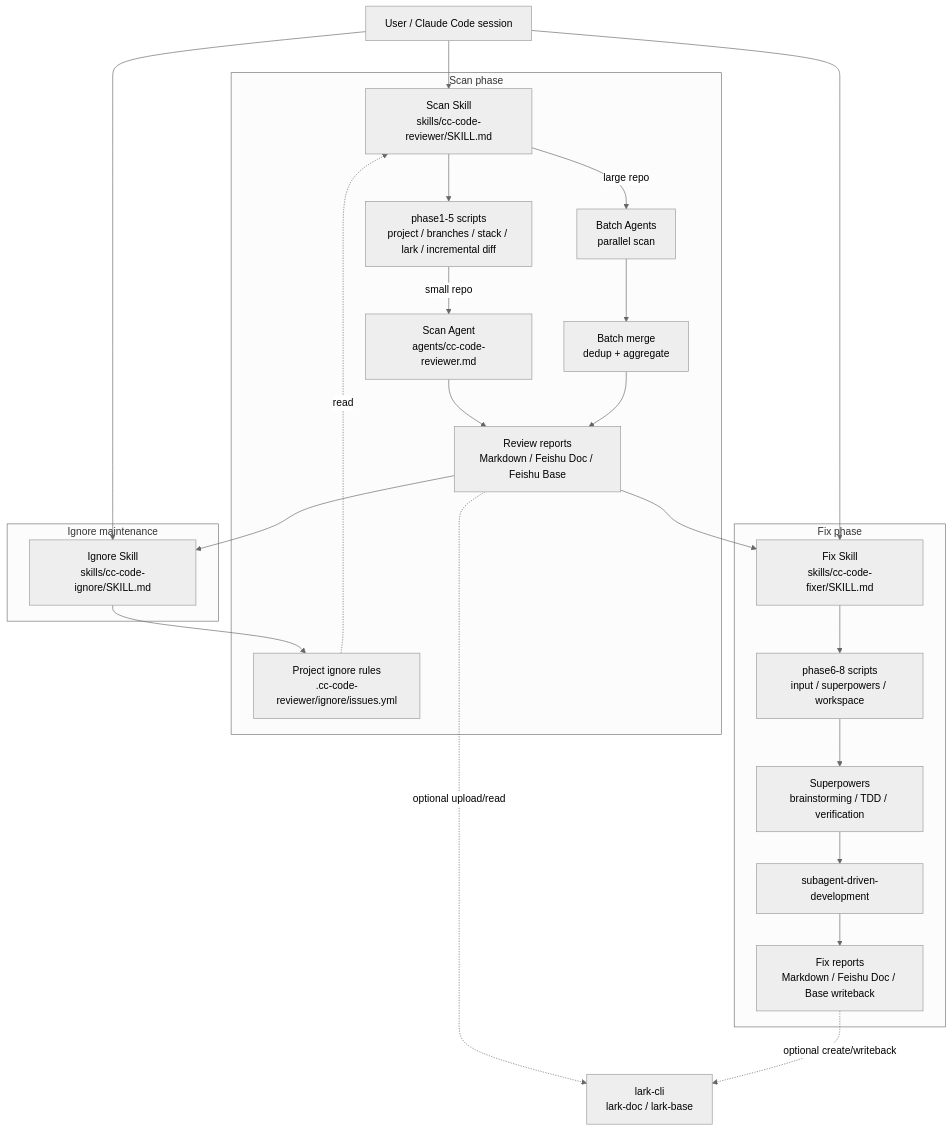
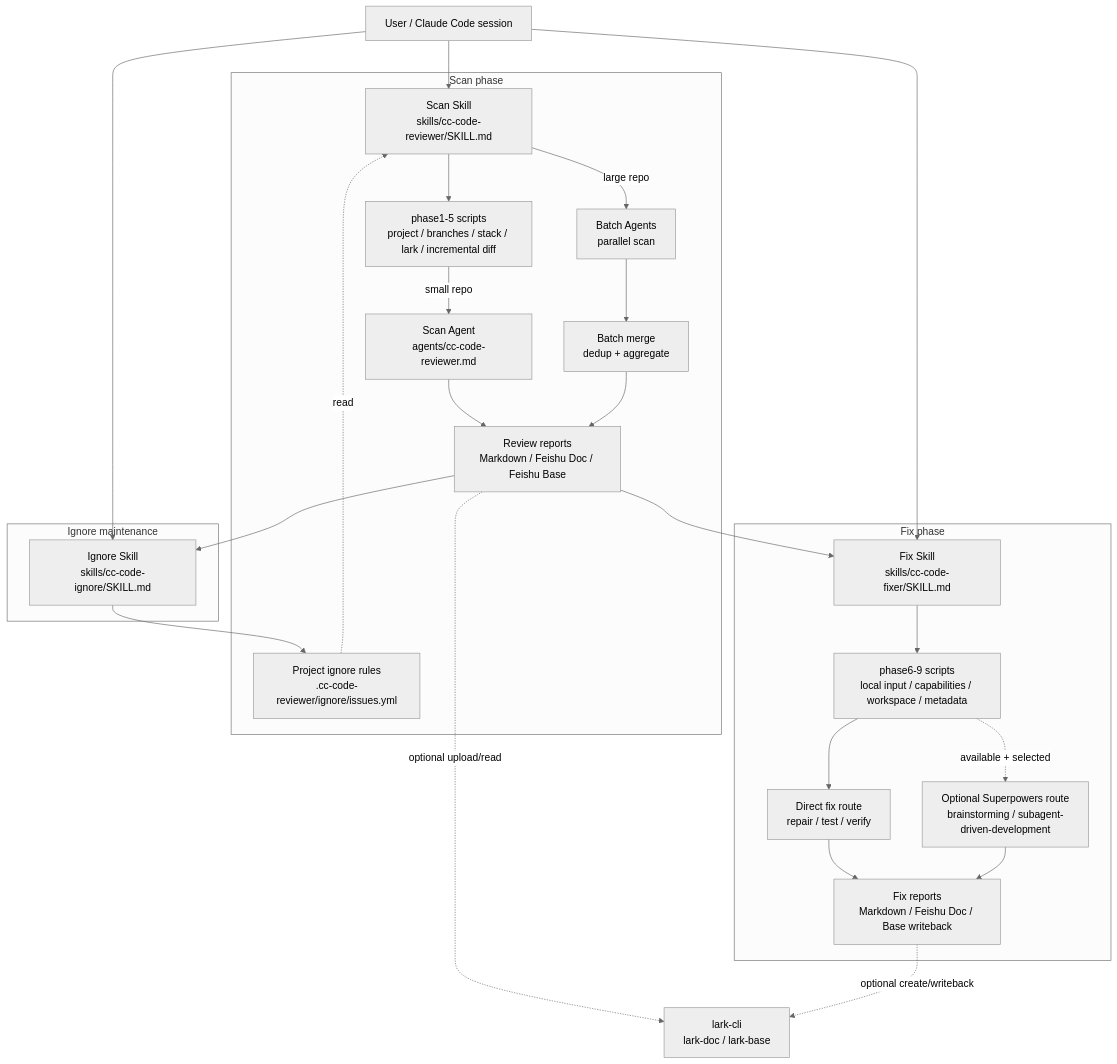
The diagram in AGENTS.md (ataskite/cc-code-reviewer), drawn with Mermaid (neutral theme) before and after one commit. The commit also changed other lines of this file and 6 other files, not shown here.

Commit message:
docs: refresh architecture for 1.2.0

````diff
--- a/AGENTS.md
+++ b/AGENTS.md
@@ -15,44 +15,45 @@
 ```mermaid
 flowchart TD
     User["User / Claude Code session"]
     ReviewSkill["Scan Skill<br/>skills/cc-code-reviewer/SKILL.md"]
     IgnoreSkill["Ignore Skill<br/>skills/cc-code-ignore/SKILL.md"]
     IgnoreRules["Project ignore rules<br/>.cc-code-reviewer/ignore/issues.yml"]
     FixSkill["Fix Skill<br/>skills/cc-code-fixer/SKILL.md"]
     ReviewAgent["Scan Agent<br/>agents/cc-code-reviewer.md"]
     Reports["Review reports<br/>Markdown / Feishu Doc / Feishu Base"]
     FixReports["Fix reports<br/>Markdown / Feishu Doc / Base writeback"]
     Lark["lark-cli<br/>lark-doc / lark-base"]
-    Superpowers["Superpowers<br/>brainstorming / TDD / verification"]
-    SubAgentDriven["subagent-driven-development"]
+    DirectFix["Direct fix route<br/>repair / test / verify"]
+    OptionalSuperpowers["Optional Superpowers route<br/>brainstorming / subagent-driven-development"]
 
     subgraph ScanPhase["Scan phase"]
       ReviewSkill --> ScanScripts["phase1-5 scripts<br/>project / branches / stack / lark / incremental diff"]
       IgnoreRules -.read.-> ReviewSkill
       ScanScripts -->|"small repo"| ReviewAgent
       ReviewAgent --> Reports
       BatchMerge["Batch merge<br/>dedup + aggregate"]
       ReviewSkill -->|"large repo"| BatchAgents["Batch Agents<br/>parallel scan"]
       BatchAgents --> BatchMerge
       BatchMerge --> Reports
     end
 
     subgraph IgnorePhase["Ignore maintenance"]
       Reports --> IgnoreSkill
       IgnoreSkill --> IgnoreRules
     end
 
     subgraph FixPhase["Fix phase"]
       Reports --> FixSkill
-      FixSkill --> FixScripts["phase6-8 scripts<br/>input / superpowers / workspace"]
-      FixScripts --> Superpowers
-      Superpowers --> SubAgentDriven
-      SubAgentDriven --> FixReports
+      FixSkill --> FixScripts["phase6-9 scripts<br/>local input / capabilities / workspace / metadata"]
+      FixScripts --> DirectFix
+      FixScripts -.available + selected.-> OptionalSuperpowers
+      DirectFix --> FixReports
+      OptionalSuperpowers --> FixReports
     end
 
     User --> ReviewSkill
     User --> IgnoreSkill
     User --> FixSkill
     Reports -.optional upload/read.-> Lark
     FixReports -.optional create/writeback.-> Lark
 ```
````
